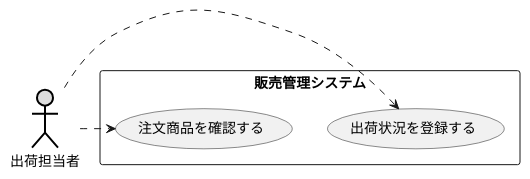
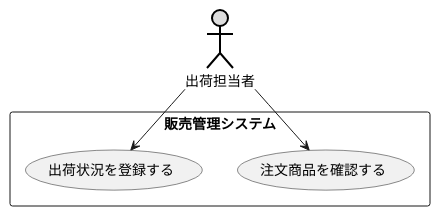
Before and after one commit to kaburiba/uml-introduction: the diagram in 演習2-5_盛岡商事_販売管理システム.pu, drawn with PlantUML.

Commit message:
ensyuu3-3

```diff
--- a/演習2-5_盛岡商事_販売管理システム.pu
+++ b/演習2-5_盛岡商事_販売管理システム.pu
@@ -1,9 +1,9 @@
 @startuml ユースケース図
 actor 出荷担当者 #DDDDDD;line:black;line.bold;
 rectangle 販売管理システム{
     usecase 注文商品を確認する
     usecase 出荷状況を登録する
 }
-出荷担当者.>出荷状況を登録する
-出荷担当者.>注文商品を確認する
+出荷担当者-->出荷状況を登録する
+出荷担当者-->注文商品を確認する
 @enduml
```
